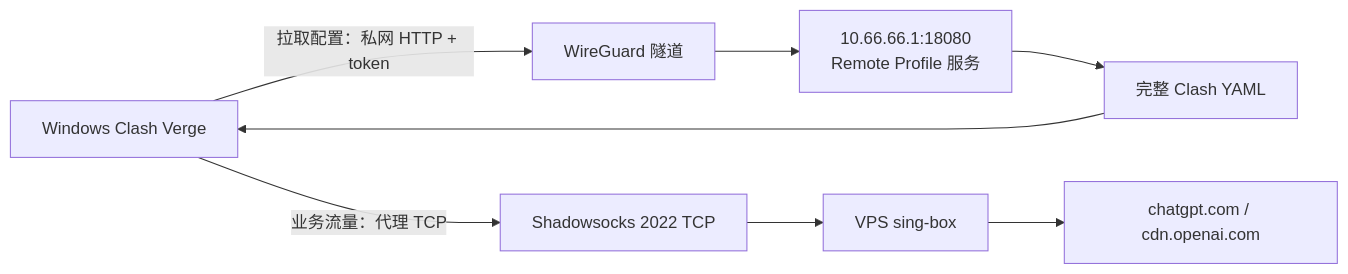
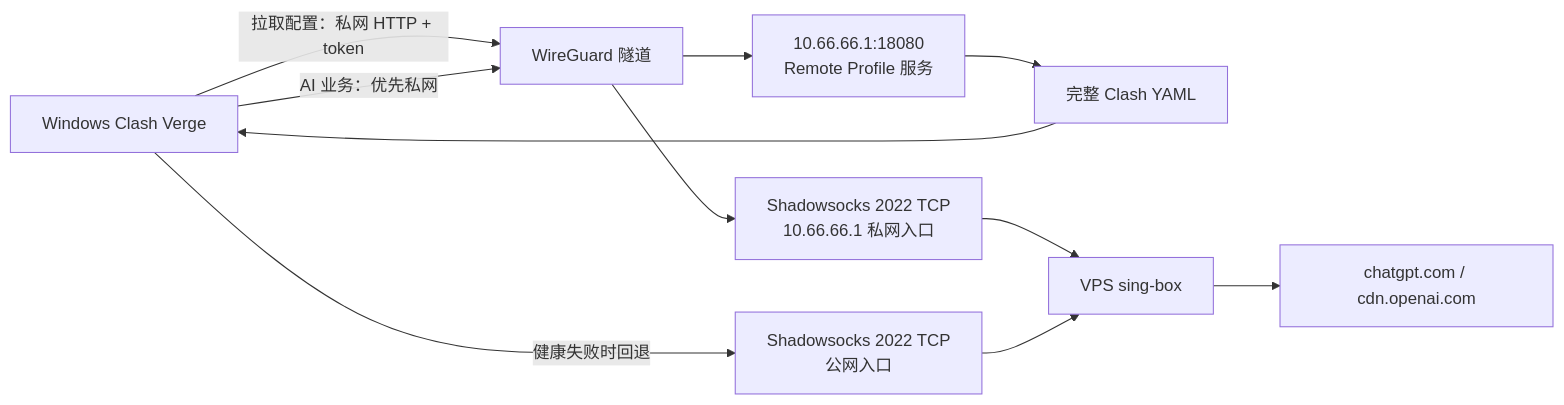
Before and after one commit to cnxutu/tu-devkit: the second of 2 diagrams in docs/vps/architecture.md, drawn with Mermaid. The commit also changed other lines of this file and 11 other files, not shown here.

````diff
--- a/docs/vps/architecture.md
+++ b/docs/vps/architecture.md
@@ -39,18 +39,22 @@
 ```mermaid
 flowchart LR
   CV["Windows Clash Verge"]
   WG["WireGuard 隧道"]
   RP["10.66.66.1:18080<br/>Remote Profile 服务"]
   CY["完整 Clash YAML"]
-  SS["Shadowsocks 2022 TCP"]
+  SSP["Shadowsocks 2022 TCP<br/>公网入口"]
+  SSW["Shadowsocks 2022 TCP<br/>10.66.66.1 私网入口"]
   SB["VPS sing-box"]
   GPT["chatgpt.com / cdn.openai.com"]
 
   CV -->|"拉取配置：私网 HTTP + token"| WG
   WG --> RP
   RP --> CY
   CY --> CV
-  CV -->|"业务流量：代理 TCP"| SS
-  SS --> SB
+  CV -->|"AI 业务：优先私网"| WG
+  WG --> SSW
+  SSW --> SB
+  CV -->|"健康失败时回退"| SSP
+  SSP --> SB
   SB --> GPT
 ```
````
